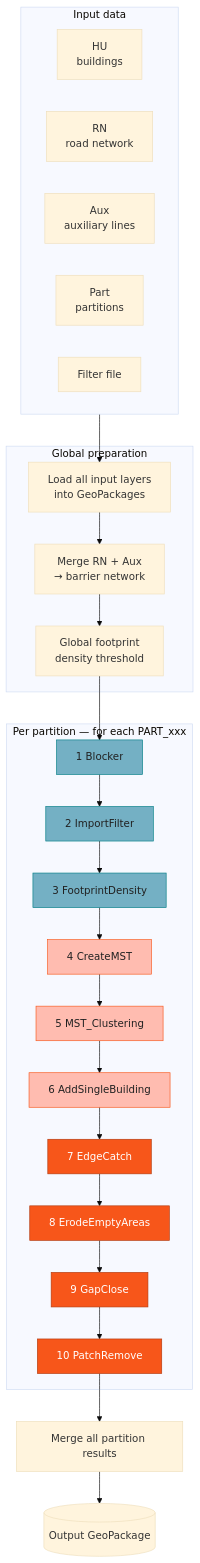
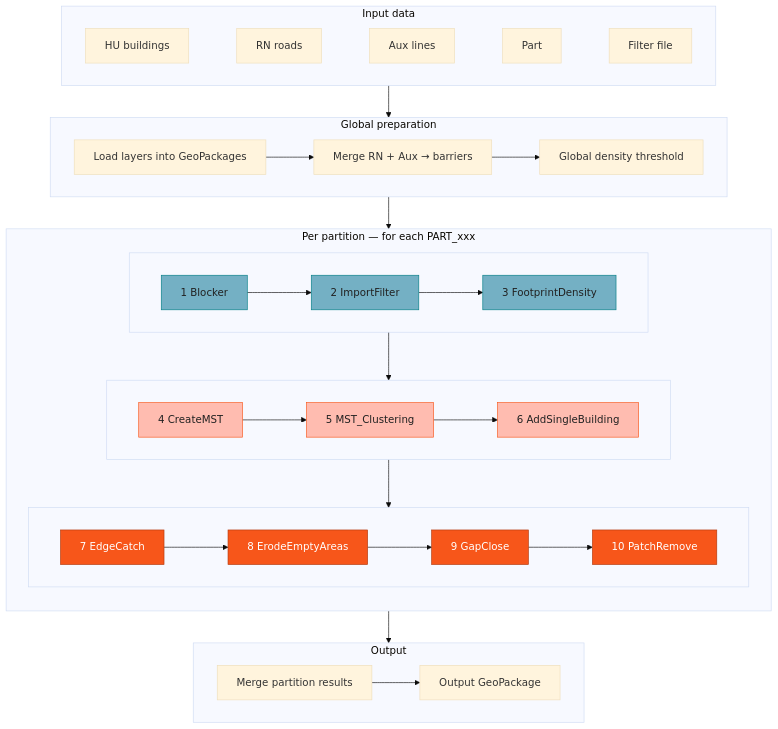
Before and after one commit to IB-Tool/IB-Tool-3: the diagram in docs/how-it-works.md, drawn with Mermaid (base theme). The commit also changed other lines of this file and 3 other files, not shown here.

First line of the commit message:
docs: compact pipeline diagram, highlight only EdgeCatch additions

````diff
--- a/docs/how-it-works.md
+++ b/docs/how-it-works.md
@@ -31,35 +31,44 @@
 ```mermaid
-flowchart TD
+%%{init: {"flowchart": {"wrappingWidth": 300}}}%%
+flowchart TB
     subgraph inputs ["Input data"]
-        HU[HU<br/>buildings]
-        RN[RN<br/>road network]
-        AUX[Aux<br/>auxiliary lines]
-        PART[Part<br/>partitions]
-        FLT[Filter file]
+        direction LR
+        HU[HU buildings] ~~~ RN[RN roads] ~~~ AUX[Aux lines] ~~~ PART[Part] ~~~ FLT[Filter file]
     end
 
     subgraph global ["Global preparation"]
-        G1[Load all input layers<br/>into GeoPackages]
-        G2[Merge RN + Aux<br/>→ barrier network]
-        G3[Global footprint<br/>density threshold]
-        G1 --> G2 --> G3
+        direction LR
+        G1[Load layers into GeoPackages] --> G2[Merge RN + Aux → barriers] --> G3[Global density threshold]
     end
 
     subgraph part ["Per partition — for each PART_xxx"]
-        S1["1 Blocker"] --> S2["2 ImportFilter"] --> S3["3 FootprintDensity"]
-        S3 --> S4["4 CreateMST"] --> S5["5 MST_Clustering"] --> S6["6 AddSingleBuilding"]
-        S6 --> S7["7 EdgeCatch"] --> S8["8 ErodeEmptyAreas"] --> S9["9 GapClose"] --> S10["10 PatchRemove"]
+        direction TB
+        subgraph prep [" "]
+            direction LR
+            S1[1 Blocker] --> S2[2 ImportFilter] --> S3[3 FootprintDensity]
+        end
+        subgraph aggr [" "]
+            direction LR
+            S4[4 CreateMST] --> S5[5 MST_Clustering] --> S6[6 AddSingleBuilding]
+        end
+        subgraph refine [" "]
+            direction LR
+            S7[7 EdgeCatch] --> S8[8 ErodeEmptyAreas] --> S9[9 GapClose] --> S10[10 PatchRemove]
+        end
+        prep --> aggr --> refine
     end
 
-    inputs --> G1
-    G3 --> S1
-    S10 --> M[Merge all partition results]
-    M --> OUT[(Output GeoPackage)]
+    subgraph output ["Output"]
+        direction LR
+        M[Merge partition results] --> OUT[Output GeoPackage]
+    end
+
+    inputs --> global --> part --> output
 
     classDef prep fill:#74B0C4,stroke:#007D85,color:#212121
     classDef aggr fill:#FFBCB0,stroke:#F7561A,color:#212121
     classDef refine fill:#F7561A,stroke:#B23A0E,color:#FFFFFF
     class S1,S2,S3 prep
     class S4,S5,S6 aggr
     class S7,S8,S9,S10 refine
 ```
````
